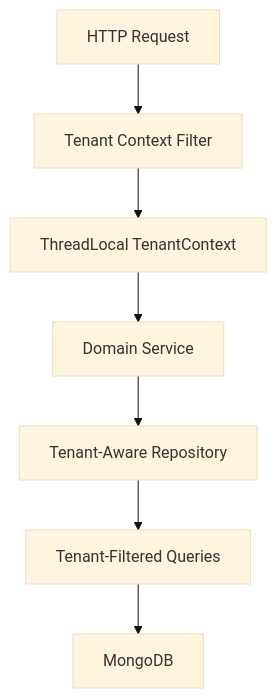
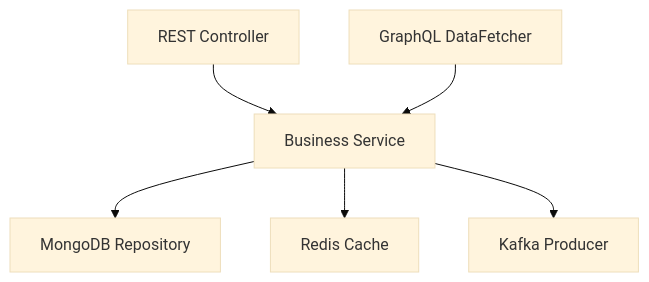
The fourth of 11 diagrams in docs/development/architecture/README.md (Praesto-Pro/openframe-oss-tenant), drawn with Mermaid (base theme) before and after one commit. The commit also changed other lines of this file and 214 other files, not shown here.

````diff
--- a/docs/development/architecture/README.md
+++ b/docs/development/architecture/README.md
@@ -102,9 +142,8 @@
 ```mermaid
 flowchart TD
-    Request[HTTP Request] --> TenantFilter[Tenant Context Filter]
-    TenantFilter --> TenantContext[ThreadLocal TenantContext]
-    TenantContext --> Service[Domain Service]
-    Service --> Repository[Tenant-Aware Repository]
-    Repository --> Query[Tenant-Filtered Queries]
-    Query --> Database[MongoDB]
+    Controller[REST Controller] --> Service[Business Service]
+    DataFetcher[GraphQL DataFetcher] --> Service
+    Service --> Repository[MongoDB Repository]
+    Service --> Cache[Redis Cache]
+    Service --> EventPublisher[Kafka Producer]
 ```
````
